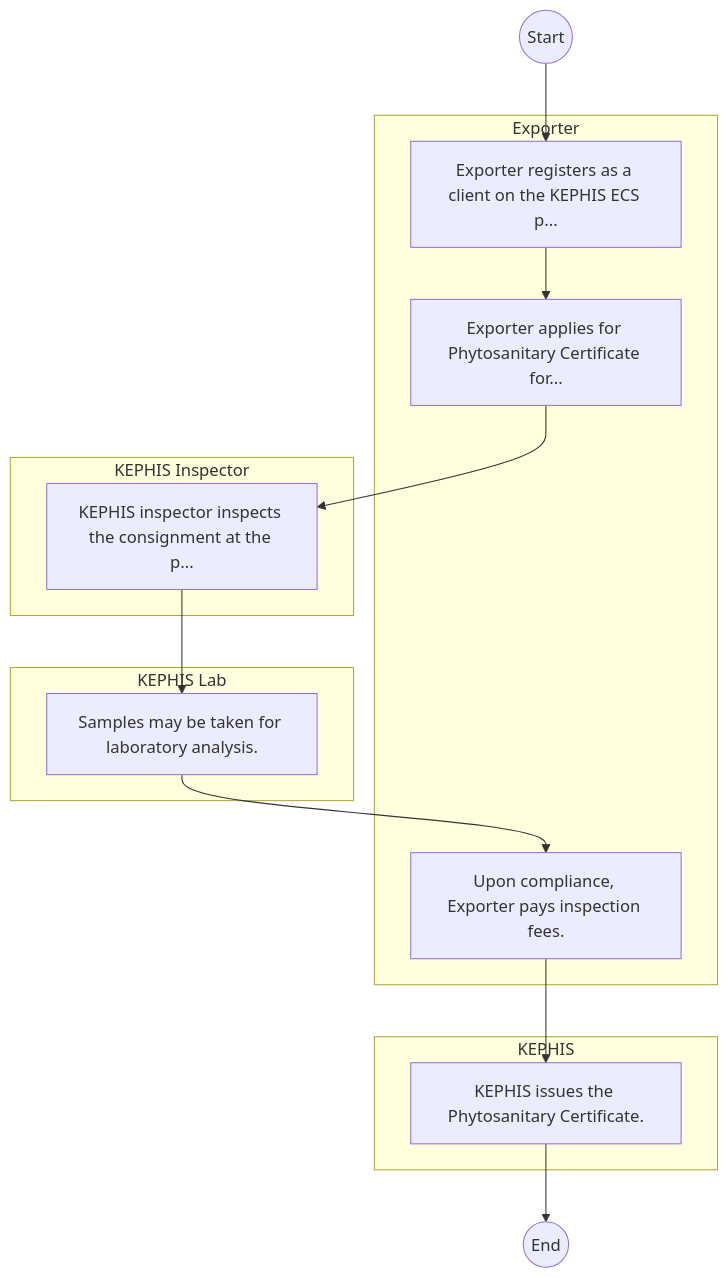
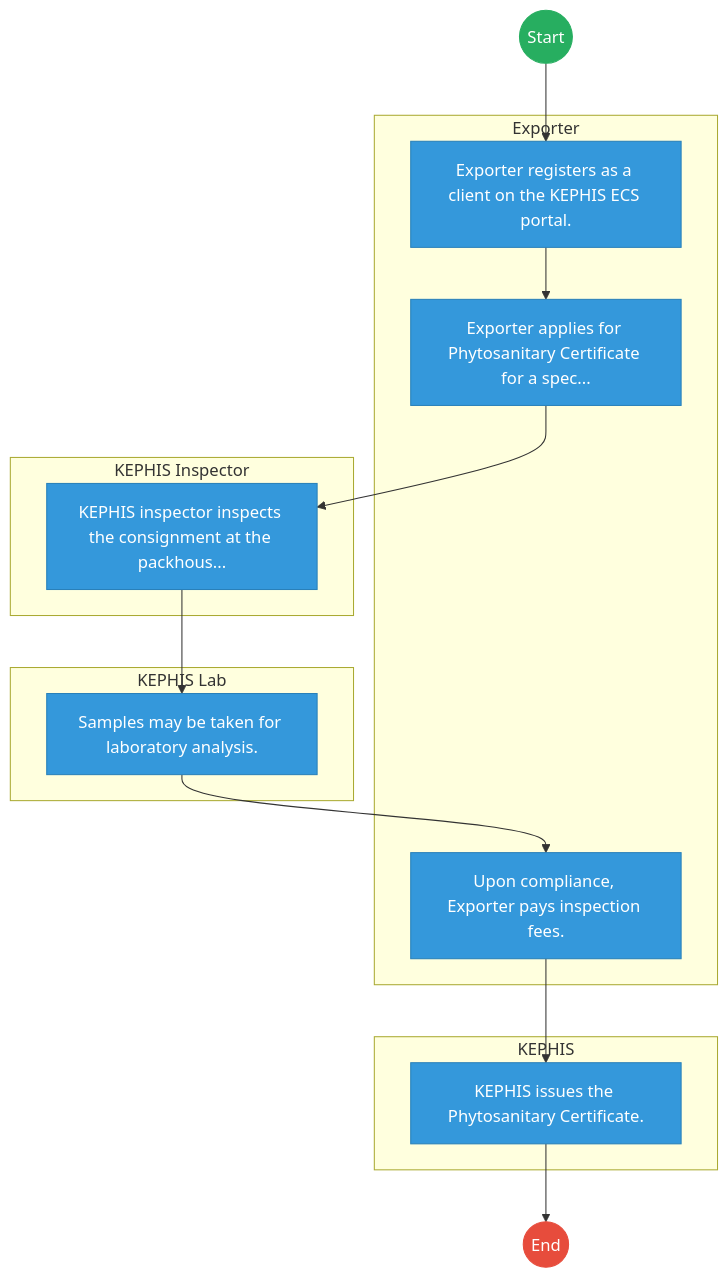
Before and after one commit to BITZ-IT-Consulting-LTD/ictapoc: the first of 2 diagrams in mdas/docs_final/Kenya_Plant_Health_Inspectorate_Services___Service_Delivery.md, drawn with Mermaid. The commit also changed other lines of this file and 461 other files, not shown here.

````diff
--- a/mdas/docs_final/Kenya_Plant_Health_Inspectorate_Services___Service_Delivery.md
+++ b/mdas/docs_final/Kenya_Plant_Health_Inspectorate_Services___Service_Delivery.md
@@ -20,24 +20,37 @@
 ```mermaid
 graph TD
     Start((Start)) --> S1
+
     subgraph Exporter [Exporter]
-        S1["Exporter registers as a client on the KEPHIS ECS p..."]
-        S2["Exporter applies for Phytosanitary Certificate for..."]
+        S1["Exporter registers as a client on the KEPHIS ECS portal."]
+        S2["Exporter applies for Phytosanitary Certificate for a spec..."]
         S5["Upon compliance, Exporter pays inspection fees."]
     end
-    subgraph KEPHISInspector [KEPHIS Inspector]
-        S3["KEPHIS inspector inspects the consignment at the p..."]
+
+    subgraph KEPHIS_Inspector [KEPHIS Inspector]
+        S3["KEPHIS inspector inspects the consignment at the packhous..."]
     end
-    subgraph KEPHISLab [KEPHIS Lab]
+
+    subgraph KEPHIS_Lab [KEPHIS Lab]
         S4["Samples may be taken for laboratory analysis."]
     end
+
     subgraph KEPHIS [KEPHIS]
         S6["KEPHIS issues the Phytosanitary Certificate."]
     end
     S1 --> S2
     S2 --> S3
     S3 --> S4
     S4 --> S5
     S5 --> S6
     S6 --> End((End))
+
+    classDef start fill:#27ae60,stroke:#27ae60,color:#fff;
+    classDef endNode fill:#e74c3c,stroke:#e74c3c,color:#fff;
+    classDef userTask fill:#3498db,stroke:#2980b9,color:#fff;
+    classDef serviceTask fill:#9b59b6,stroke:#8e44ad,color:#fff;
+
+    class Start start;
+    class End endNode;
+    class S1,S2,S3,S4,S5,S6 userTask;
 ```
````
